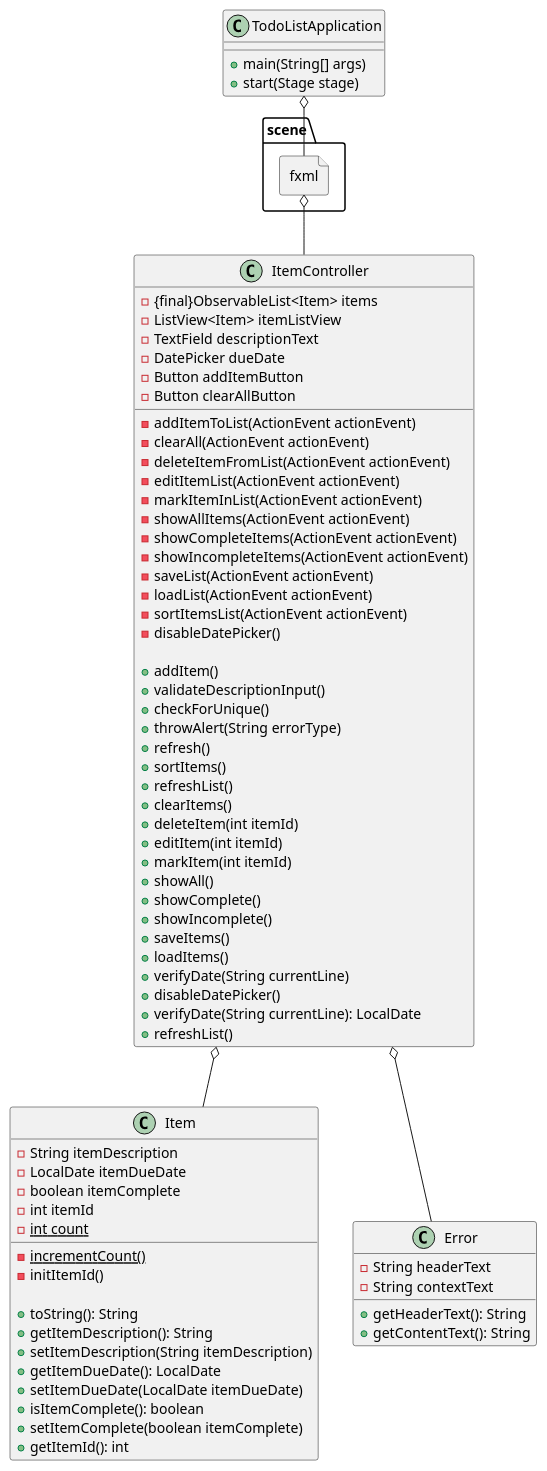
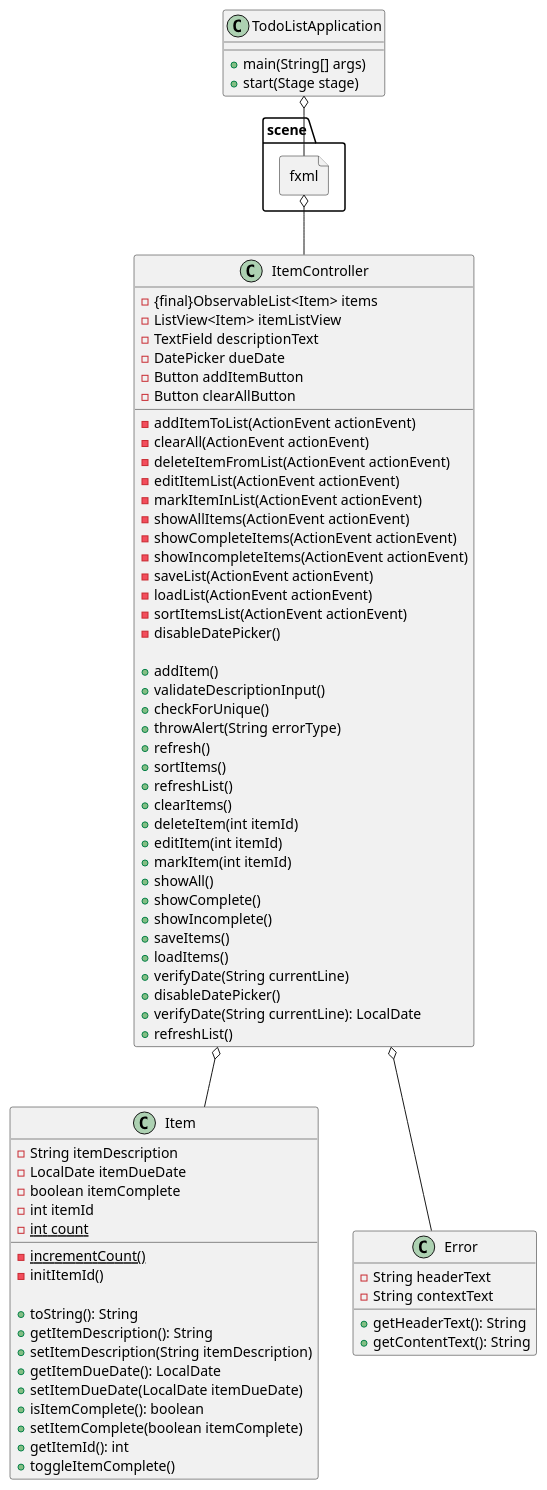
The diagram in javafxApp/docs/main.puml (nader-fares/fares-app1-impl), drawn with PlantUML before and after one commit. The commit also changed 22 other files, not shown here.

```diff
--- a/javafxApp/docs/main.puml
+++ b/javafxApp/docs/main.puml
@@ -1,85 +1,86 @@
 @startuml
 'https://plantuml.com/sequence-diagram
 
 class TodoListApplication {
 +main(String[] args)
 +start(Stage stage)
 }
 
 class Item {
 -String itemDescription
 -LocalDate itemDueDate
 -boolean itemComplete
 -int itemId
 -{static}int count
 -{static}incrementCount()
 -initItemId()
 
 +toString(): String
 +getItemDescription(): String
 +setItemDescription(String itemDescription)
 +getItemDueDate(): LocalDate
 +setItemDueDate(LocalDate itemDueDate)
 +isItemComplete(): boolean
 +setItemComplete(boolean itemComplete)
 +getItemId(): int
++toggleItemComplete()
 }
 
 class ItemController {
 -{final}ObservableList<Item> items
 -ListView<Item> itemListView
 -TextField descriptionText
 -DatePicker dueDate
 -Button addItemButton
 -Button clearAllButton
 -addItemToList(ActionEvent actionEvent)
 -clearAll(ActionEvent actionEvent)
 -deleteItemFromList(ActionEvent actionEvent)
 -editItemList(ActionEvent actionEvent)
 -markItemInList(ActionEvent actionEvent)
 -showAllItems(ActionEvent actionEvent)
 -showCompleteItems(ActionEvent actionEvent)
 -showIncompleteItems(ActionEvent actionEvent)
 -saveList(ActionEvent actionEvent)
 -loadList(ActionEvent actionEvent)
 -sortItemsList(ActionEvent actionEvent)
 -disableDatePicker()
 
 +addItem()
 +validateDescriptionInput()
 +checkForUnique()
 +throwAlert(String errorType)
 +refresh()
 +sortItems()
 +refreshList()
 +clearItems()
 +deleteItem(int itemId)
 +editItem(int itemId)
 +markItem(int itemId)
 +showAll()
 +showComplete()
 +showIncomplete()
 +saveItems()
 +loadItems()
 +verifyDate(String currentLine)
 +disableDatePicker()
 +verifyDate(String currentLine): LocalDate
 +refreshList()
 }
 
 class Error {
 -String headerText
 -String contextText
 +getHeaderText(): String
 +getContentText(): String
 }
 
 file scene.fxml {
 }
 
 scene.fxml o-- ItemController
 TodoListApplication o-- scene.fxml
 ItemController o-- Item
 ItemController o-- Error
 
 @enduml
```
